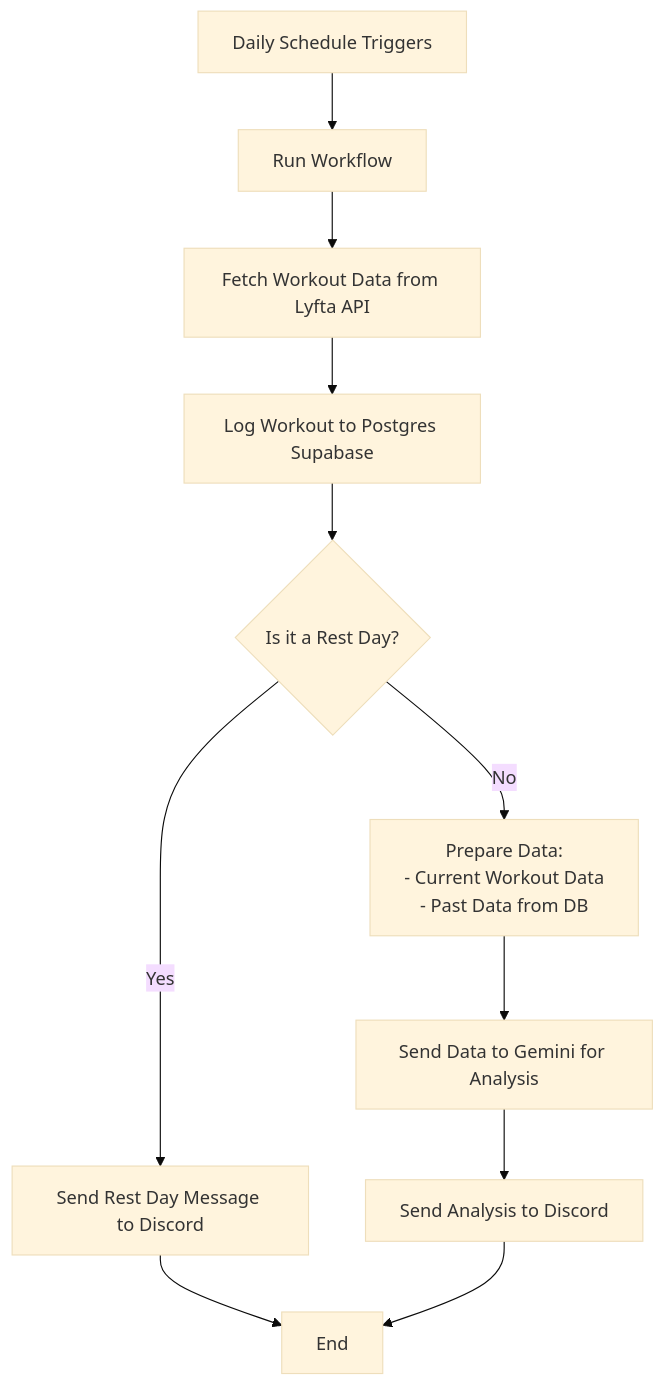
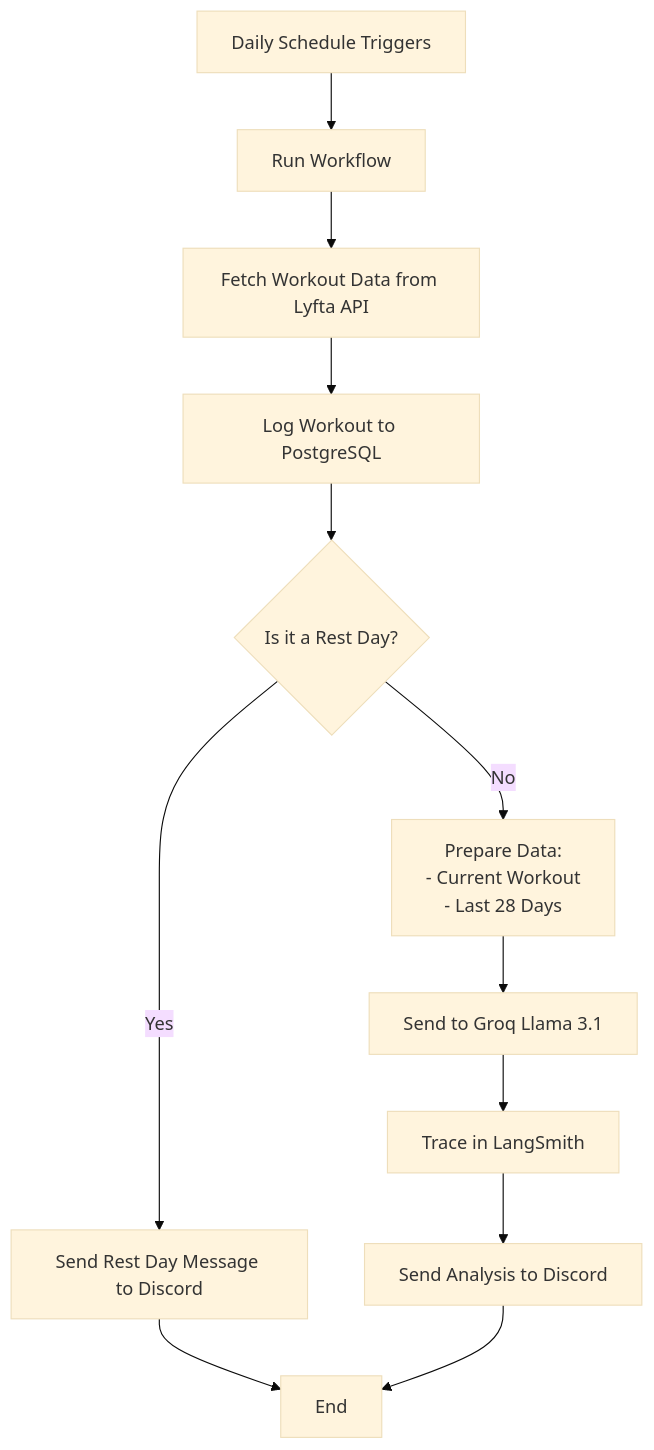
The diagram in README.md (o0ga-bo0ga/Gym-Workout-Analyser), drawn with Mermaid (base theme) before and after one commit. The commit also changed other lines of this file, not shown here.

Commit message:
Update README: Add Groq, LangSmith, and modernized documentation

````diff
--- a/README.md
+++ b/README.md
@@ -45,13 +47,14 @@
 ```mermaid
 flowchart TD
     A[Daily Schedule Triggers] --> B[Run Workflow]
     B --> C[Fetch Workout Data from Lyfta API]
-    C --> D[Log Workout to Postgres Supabase]
+    C --> D[Log Workout to PostgreSQL]
     D --> E{Is it a Rest Day?}
     E -->|Yes| F[Send Rest Day Message to Discord]
-    E -->|No| G[Prepare Data:<br/>- Current Workout Data<br/>- Past Data from DB]
-    G --> H[Send Data to Gemini for Analysis]
-    H --> I[Send Analysis to Discord]
-    F --> J[End]
-    I --> J[End]
+    E -->|No| G[Prepare Data:<br/>- Current Workout<br/>- Last 28 Days]
+    G --> H[Send to Groq Llama 3.1]
+    H --> I[Trace in LangSmith]
+    I --> J[Send Analysis to Discord]
+    F --> K[End]
+    J --> K[End]
 ```
````
